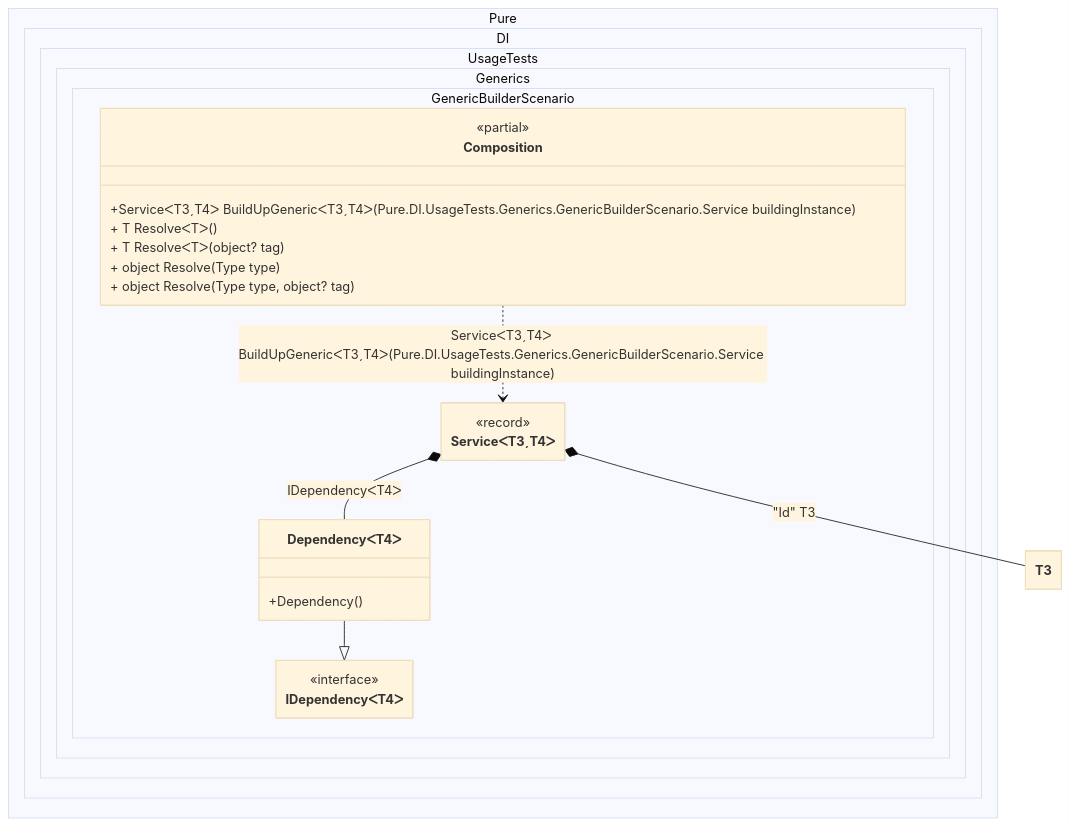
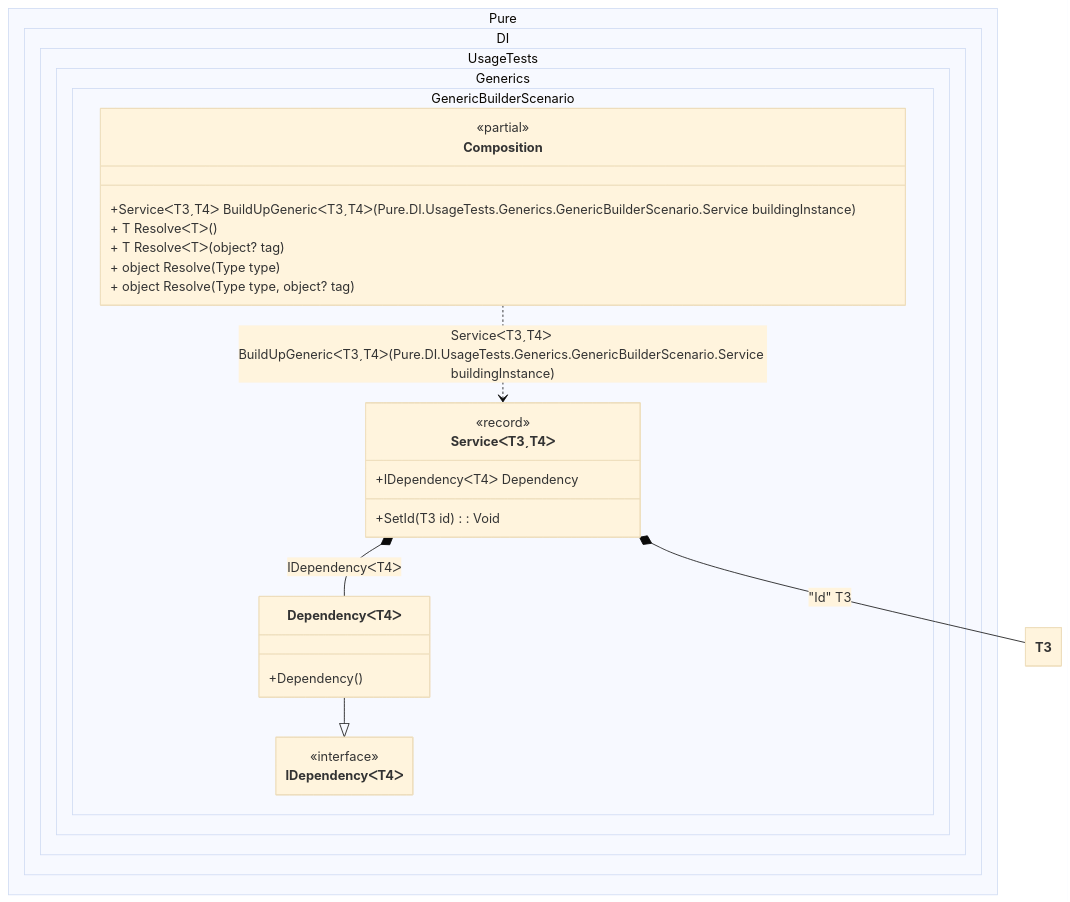
Before and after one commit to DevTeam/Pure.DI: the diagram in readme/generic-builder.md, drawn with Mermaid (base theme). The commit also changed 113 other files, not shown here.

````diff
--- a/readme/generic-builder.md
+++ b/readme/generic-builder.md
@@ -148,31 +148,33 @@
 ```mermaid
 ---
  config:
   class:
    hideEmptyMembersBox: true
 ---
 classDiagram
 	DependencyᐸT4ᐳ --|> IDependencyᐸT4ᐳ
 	Composition ..> ServiceᐸT3ˏT4ᐳ : ServiceᐸT3ˏT4ᐳ BuildUpGenericᐸT3ˏT4ᐳ(Pure.DI.UsageTests.Generics.GenericBuilderScenario.Service<T3, T4> buildingInstance)
 	ServiceᐸT3ˏT4ᐳ *--  DependencyᐸT4ᐳ : IDependencyᐸT4ᐳ
 	ServiceᐸT3ˏT4ᐳ *--  T3 : "Id"  T3
 	namespace Pure.DI.UsageTests.Generics.GenericBuilderScenario {
 		class Composition {
 		<<partial>>
 		+ServiceᐸT3ˏT4ᐳ BuildUpGenericᐸT3ˏT4ᐳ(Pure.DI.UsageTests.Generics.GenericBuilderScenario.Service<T3, T4> buildingInstance)
 		+ T ResolveᐸTᐳ()
 		+ T ResolveᐸTᐳ(object? tag)
 		+ object Resolve(Type type)
 		+ object Resolve(Type type, object? tag)
 		}
 		class DependencyᐸT4ᐳ {
 			+Dependency()
 		}
 		class IDependencyᐸT4ᐳ {
 			<<interface>>
 		}
 		class ServiceᐸT3ˏT4ᐳ {
-			<<record>>
+				<<record>>
+			+IDependencyᐸT4ᐳ Dependency
+			+SetId(T3 id) : Void
 		}
 	}
 ```
````
